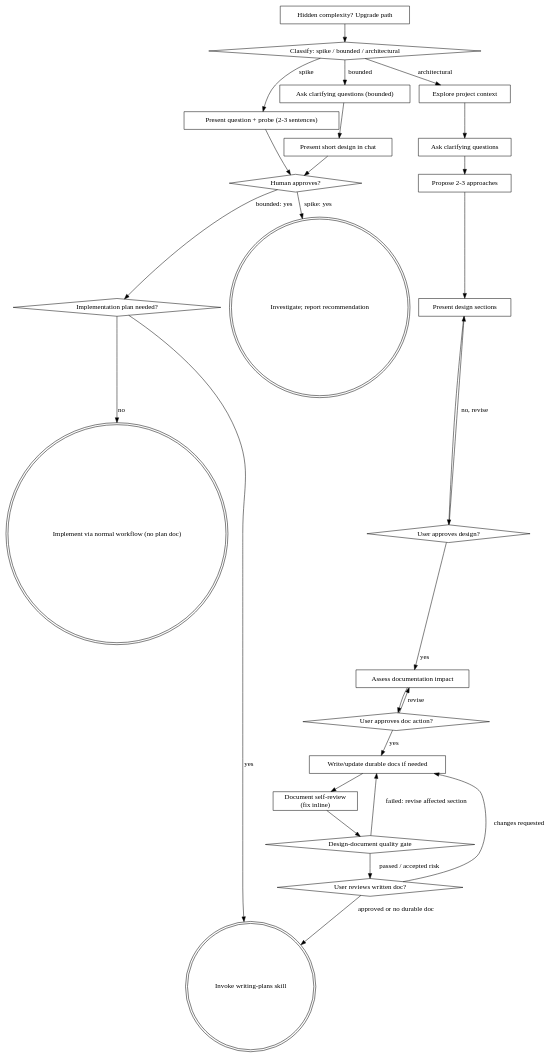
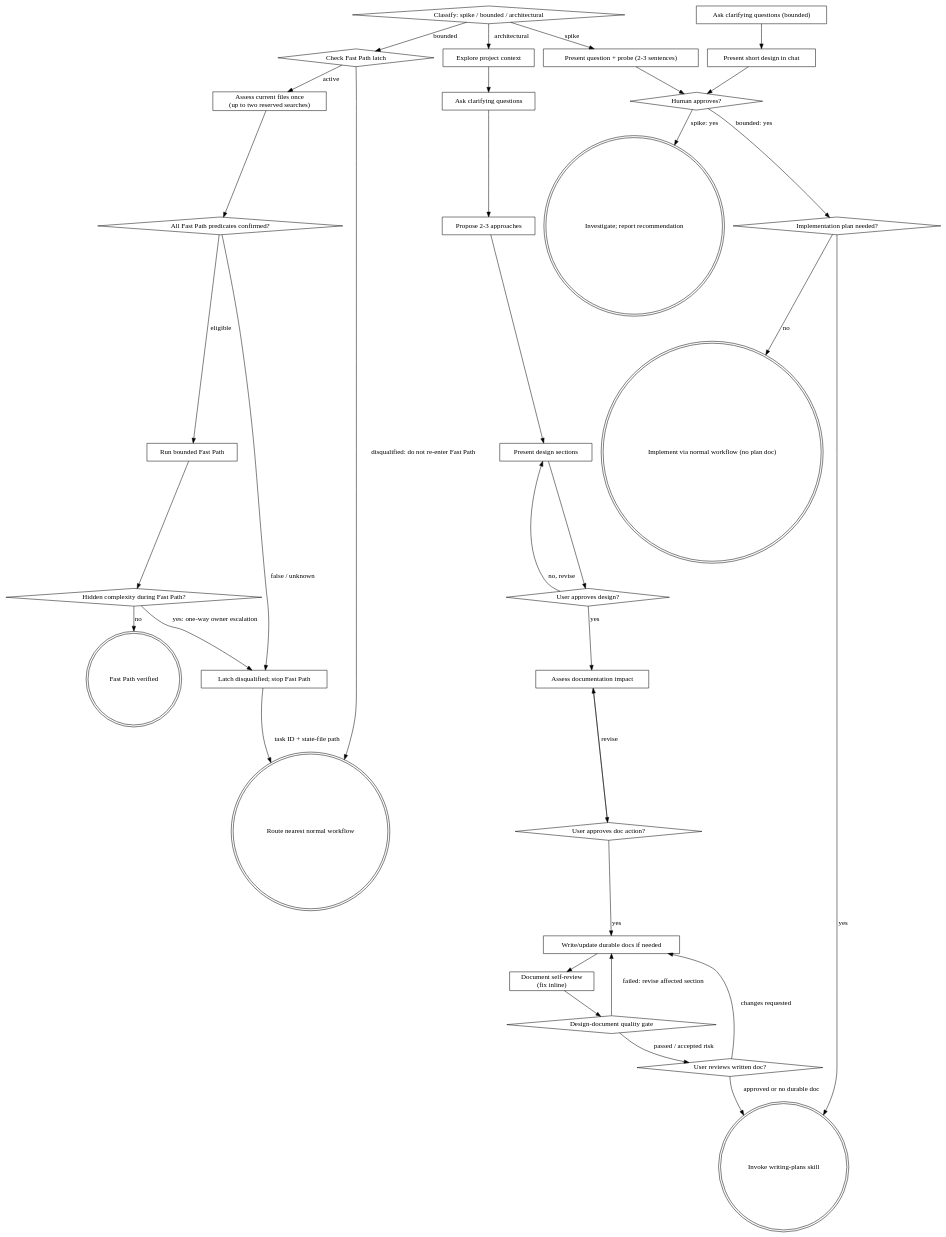
Before and after one commit to sonsu-lee/sonsu-marketplace: the diagram in plugins/engineering/skills/brainstorming/SKILL.md, drawn with Graphviz. The commit also changed other lines of this file and 33 other files, not shown here.

First line of the commit message:
feat(engineering): add fast path and red-team gates (#15)

````diff
--- a/plugins/engineering/skills/brainstorming/SKILL.md
+++ b/plugins/engineering/skills/brainstorming/SKILL.md
@@ -99,52 +175,67 @@
 ```dot
 digraph brainstorming {
     "Classify: spike / bounded / architectural" [shape=diamond];
     "Present question + probe (2-3 sentences)" [shape=box];
     "Ask clarifying questions (bounded)" [shape=box];
+    "Check Fast Path latch" [shape=diamond];
+    "Assess current files once\n(up to two reserved searches)" [shape=box];
+    "All Fast Path predicates confirmed?" [shape=diamond];
+    "Run bounded Fast Path" [shape=box];
+    "Hidden complexity during Fast Path?" [shape=diamond];
+    "Fast Path verified" [shape=doublecircle];
+    "Latch disqualified; stop Fast Path" [shape=box];
+    "Route nearest normal workflow" [shape=doublecircle];
     "Present short design in chat" [shape=box];
     "Human approves?" [shape=diamond];
     "Implementation plan needed?" [shape=diamond];
     "Investigate; report recommendation" [shape=doublecircle];
     "Implement via normal workflow (no plan doc)" [shape=doublecircle];
     "Explore project context" [shape=box];
     "Ask clarifying questions" [shape=box];
     "Propose 2-3 approaches" [shape=box];
     "Present design sections" [shape=box];
     "User approves design?" [shape=diamond];
     "Assess documentation impact" [shape=box];
     "User approves doc action?" [shape=diamond];
     "Write/update durable docs if needed" [shape=box];
     "Document self-review\n(fix inline)" [shape=box];
     "Design-document quality gate" [shape=diamond];
     "User reviews written doc?" [shape=diamond];
     "Invoke writing-plans skill" [shape=doublecircle];
-    "Hidden complexity? Upgrade path" [shape=box];
 
     "Classify: spike / bounded / architectural" -> "Present question + probe (2-3 sentences)" [label="spike"];
-    "Classify: spike / bounded / architectural" -> "Ask clarifying questions (bounded)" [label="bounded"];
+    "Classify: spike / bounded / architectural" -> "Check Fast Path latch" [label="bounded"];
+    "Check Fast Path latch" -> "Assess current files once\n(up to two reserved searches)" [label="active"];
+    "Check Fast Path latch" -> "Route nearest normal workflow" [label="disqualified: do not re-enter Fast Path"];
+    "Assess current files once\n(up to two reserved searches)" -> "All Fast Path predicates confirmed?";
+    "All Fast Path predicates confirmed?" -> "Run bounded Fast Path" [label="eligible"];
+    "Run bounded Fast Path" -> "Hidden complexity during Fast Path?";
+    "Hidden complexity during Fast Path?" -> "Latch disqualified; stop Fast Path" [label="yes: one-way owner escalation"];
+    "Hidden complexity during Fast Path?" -> "Fast Path verified" [label="no"];
+    "All Fast Path predicates confirmed?" -> "Latch disqualified; stop Fast Path" [label="false / unknown"];
+    "Latch disqualified; stop Fast Path" -> "Route nearest normal workflow" [label="task ID + state-file path"];
     "Classify: spike / bounded / architectural" -> "Explore project context" [label="architectural"];
     "Present question + probe (2-3 sentences)" -> "Human approves?";
     "Ask clarifying questions (bounded)" -> "Present short design in chat";
     "Present short design in chat" -> "Human approves?";
     "Human approves?" -> "Investigate; report recommendation" [label="spike: yes"];
     "Human approves?" -> "Implementation plan needed?" [label="bounded: yes"];
     "Implementation plan needed?" -> "Invoke writing-plans skill" [label="yes"];
     "Implementation plan needed?" -> "Implement via normal workflow (no plan doc)" [label="no"];
-    "Hidden complexity? Upgrade path" -> "Classify: spike / bounded / architectural";
     "Explore project context" -> "Ask clarifying questions";
     "Ask clarifying questions" -> "Propose 2-3 approaches";
     "Propose 2-3 approaches" -> "Present design sections";
     "Present design sections" -> "User approves design?";
     "User approves design?" -> "Present design sections" [label="no, revise"];
     "User approves design?" -> "Assess documentation impact" [label="yes"];
     "Assess documentation impact" -> "User approves doc action?";
     "User approves doc action?" -> "Assess documentation impact" [label="revise"];
     "User approves doc action?" -> "Write/update durable docs if needed" [label="yes"];
     "Write/update durable docs if needed" -> "Document self-review\n(fix inline)";
     "Document self-review\n(fix inline)" -> "Design-document quality gate";
     "Design-document quality gate" -> "Write/update durable docs if needed" [label="failed: revise affected section"];
     "Design-document quality gate" -> "User reviews written doc?" [label="passed / accepted risk"];
     "User reviews written doc?" -> "Write/update durable docs if needed" [label="changes requested"];
     "User reviews written doc?" -> "Invoke writing-plans skill" [label="approved or no durable doc"];
 }
 ```
````
